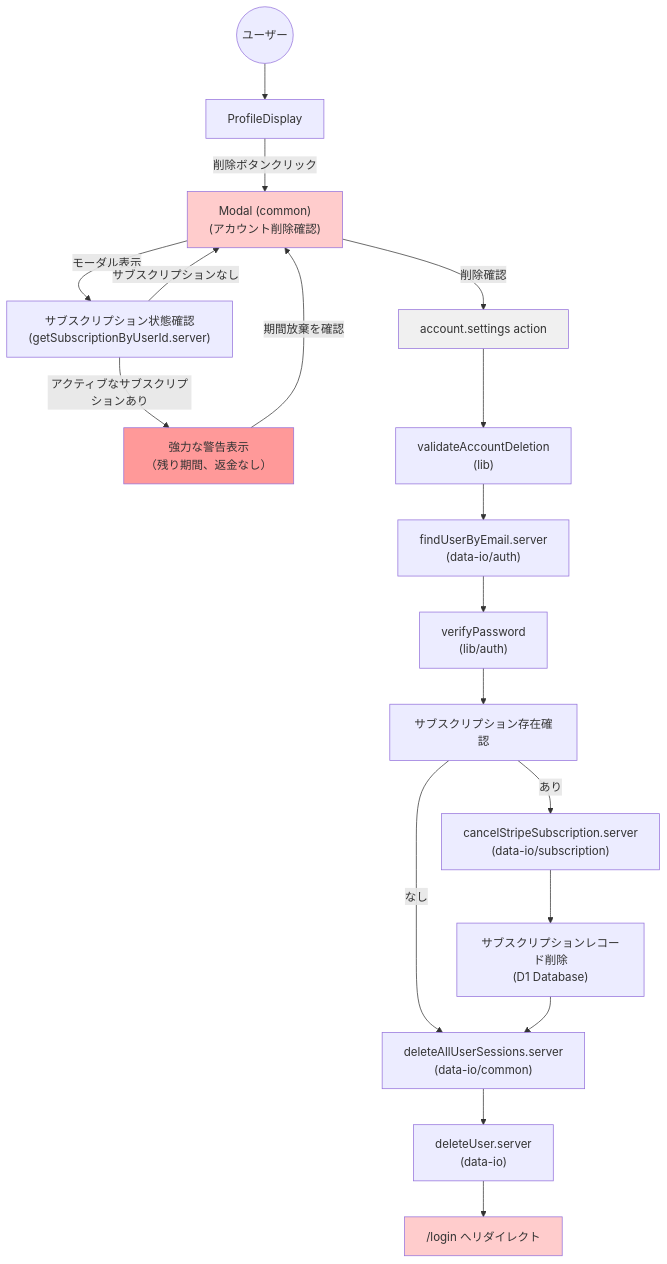
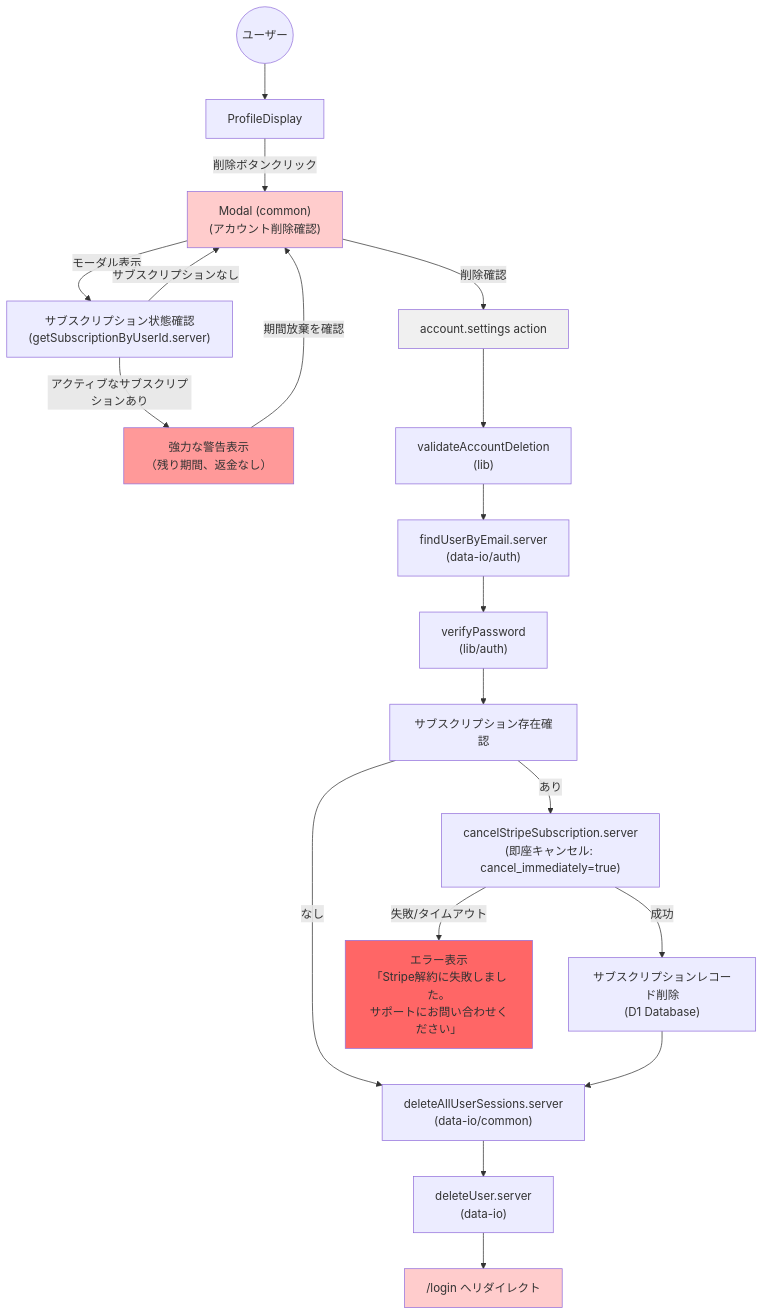
Before and after one commit to tezuka-Akihiro/ClaudeMix: the third of 7 diagrams in develop/account/profile/data-flow-diagram.md, drawn with Mermaid. The commit also changed other lines of this file and 2 other files, not shown here.

First line of the commit message:
Fix critical data flow issues based on Gemini review

````diff
--- a/develop/account/profile/data-flow-diagram.md
+++ b/develop/account/profile/data-flow-diagram.md
@@ -56,28 +56,30 @@
 ```mermaid
 graph TD
     User((ユーザー)) --> ProfileDisplay["ProfileDisplay"]
     ProfileDisplay -- "削除ボタンクリック" --> DeleteModal["Modal (common)<br/>(アカウント削除確認)"]
     DeleteModal -- "モーダル表示" --> CheckSub["サブスクリプション状態確認<br/>(getSubscriptionByUserId.server)"]
 
     CheckSub -- "アクティブなサブスクリプションあり" --> ShowWarning["強力な警告表示<br/>（残り期間、返金なし）"]
     CheckSub -- "サブスクリプションなし" --> DeleteModal
     ShowWarning -- "期間放棄を確認" --> DeleteModal
 
     DeleteModal -- "削除確認" --> Action["account.settings action"]
 
     Action --> Validate["validateAccountDeletion<br/>(lib)"]
     Validate --> FindUser["findUserByEmail.server<br/>(data-io/auth)"]
     FindUser --> VerifyPwd["verifyPassword<br/>(lib/auth)"]
     VerifyPwd --> CheckSubAgain["サブスクリプション存在確認"]
-    CheckSubAgain -- "あり" --> CancelStripe["cancelStripeSubscription.server<br/>(data-io/subscription)"]
-    CancelStripe --> DeleteSubRecord["サブスクリプションレコード削除<br/>(D1 Database)"]
+    CheckSubAgain -- "あり" --> CancelStripe["cancelStripeSubscription.server<br/>(即座キャンセル: cancel_immediately=true)"]
+    CancelStripe -- "成功" --> DeleteSubRecord["サブスクリプションレコード削除<br/>(D1 Database)"]
+    CancelStripe -- "失敗/タイムアウト" --> ErrorStripe["エラー表示<br/>「Stripe解約に失敗しました。<br/>サポートにお問い合わせください」"]
     CheckSubAgain -- "なし" --> DeleteSessions["deleteAllUserSessions.server<br/>(data-io/common)"]
     DeleteSubRecord --> DeleteSessions
     DeleteSessions --> DeleteUser["deleteUser.server<br/>(data-io)"]
     DeleteUser --> Redirect["/login へリダイレクト"]
 
     style DeleteModal fill:#ffcccc
     style ShowWarning fill:#ff9999
     style Action fill:#f0f0f0
     style Redirect fill:#ffcccc
+    style ErrorStripe fill:#ff6666
 ```
````
